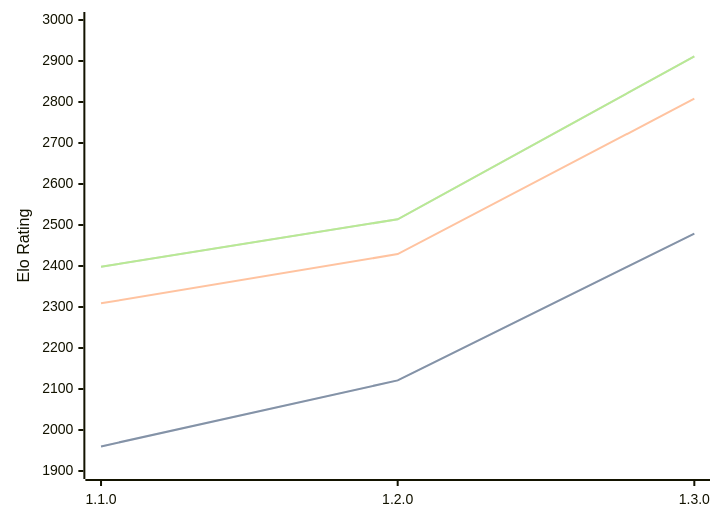
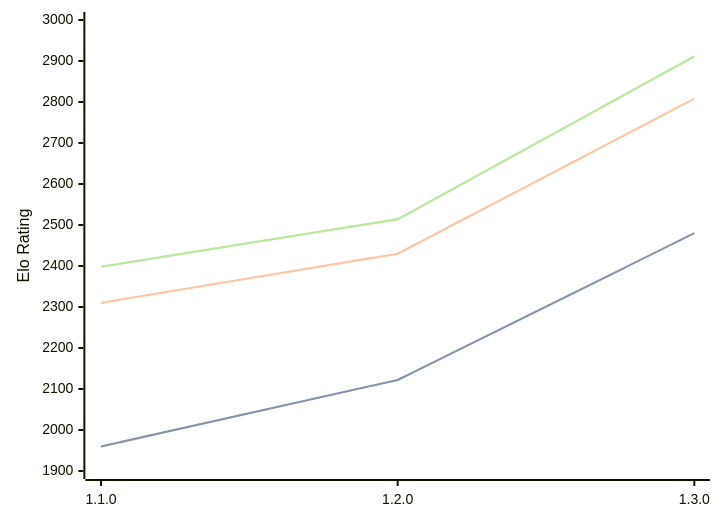
One commit to computer-chess-index/cci changed the diagram in engines/Gyatso.md. Above: the diagram before and after it, drawn with Mermaid. The commit also changed other lines of this file, not shown here.

````diff
--- a/engines/Gyatso.md
+++ b/engines/Gyatso.md
@@ -34,11 +34,11 @@
 ```mermaid
 %%{init: {"theme":"base","themeVariables":{"seriesColors:['#a3a3a3','#222221','#faa371']}}}%%
 xychart-beta
   x-axis ["1.1.0", "1.2.0", "1.3.0"]
   y-axis "Elo Rating" 1900 --> 3000
-  line "STC (8.0+0.08s)" [1960, 2121, 2479]
-  line "STC (8.0+0.08s)" [1960, 2121, 2479]
-  line "LTC (60.0+0.60s)" [2309, 2429, 2808]
+  line "STC (8.0+0.08s)" [1960, 2122, 2480]
+  line "STC (8.0+0.08s)" [1960, 2122, 2480]
+  line "LTC (60.0+0.60s)" [2310, 2430, 2808]
   line "VLTC (2m24s+1.12s)" [2398, 2514, 2911]
   line "VLTC (2m24s+1.12s)" [2398, 2514, 2911]
 ```
````
